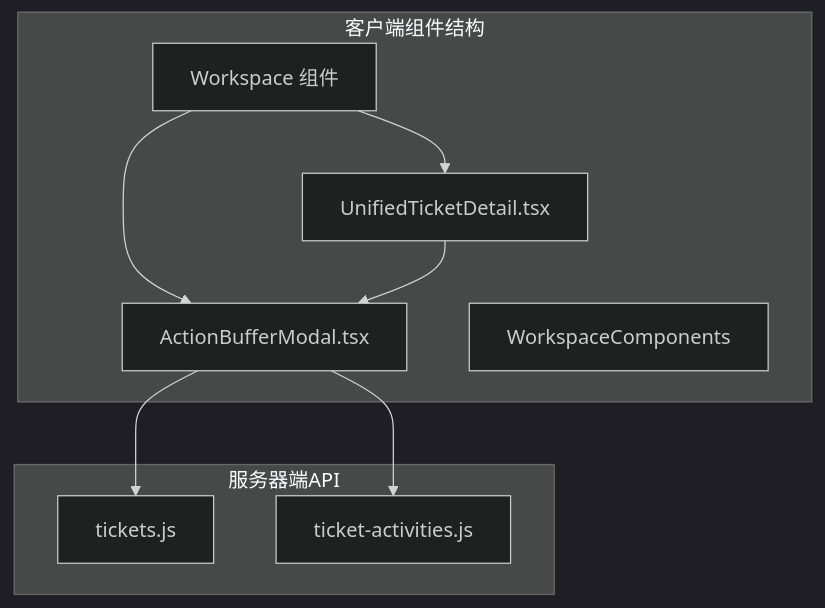
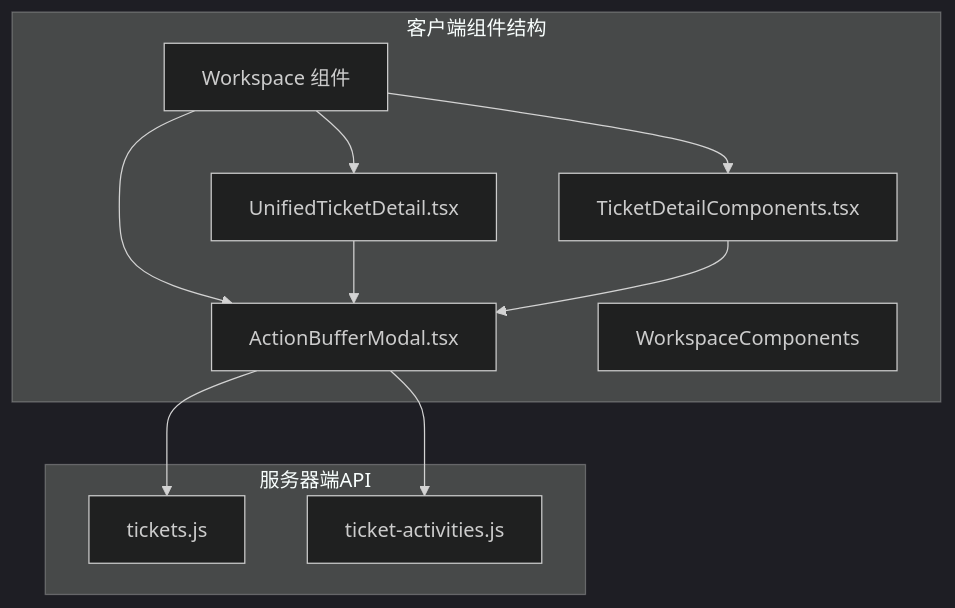
Before and after one commit to CubeEdge/Longhorn: the first of 9 diagrams in .qoder/repowiki/zh/content/Action Buffer Modal.md, drawn with Mermaid (dark theme). The commit also changed other lines of this file and 47 other files, not shown here.

````diff
--- a/.qoder/repowiki/zh/content/Action Buffer Modal.md
+++ b/.qoder/repowiki/zh/content/Action Buffer Modal.md
@@ -33,18 +44,21 @@
 ```mermaid
 graph TB
 subgraph "客户端组件结构"
 WS[Workspace 组件]
 ABM[ActionBufferModal.tsx]
 UTD[UnifiedTicketDetail.tsx]
 WC[WorkspaceComponents]
+TDC[TicketDetailComponents.tsx]
 end
 subgraph "服务器端API"
 TR[tickets.js]
 TAR[ticket-activities.js]
 end
 WS --> ABM
 WS --> UTD
+WS --> TDC
 ABM --> TR
 ABM --> TAR
 UTD --> ABM
+TDC --> ABM
 ```
````
